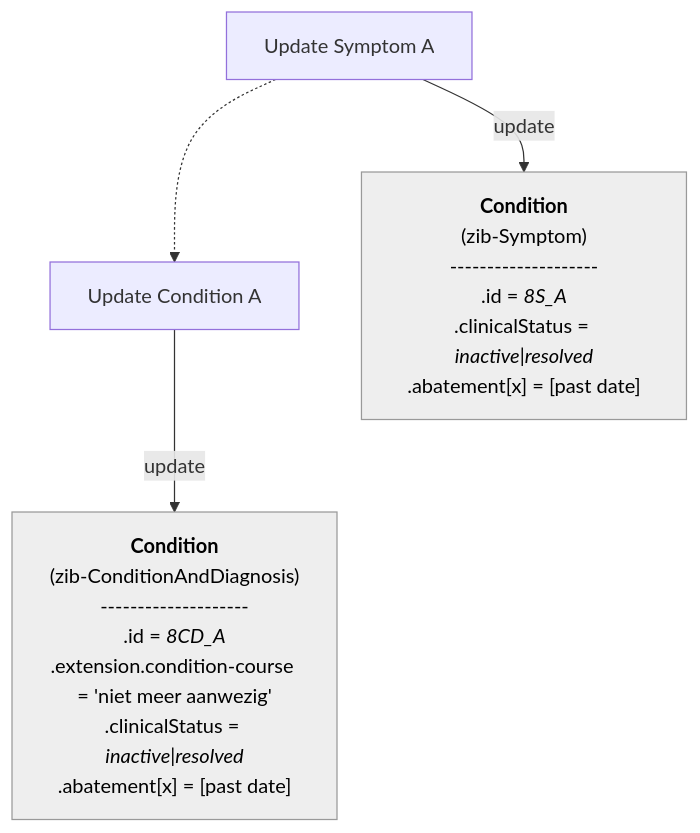
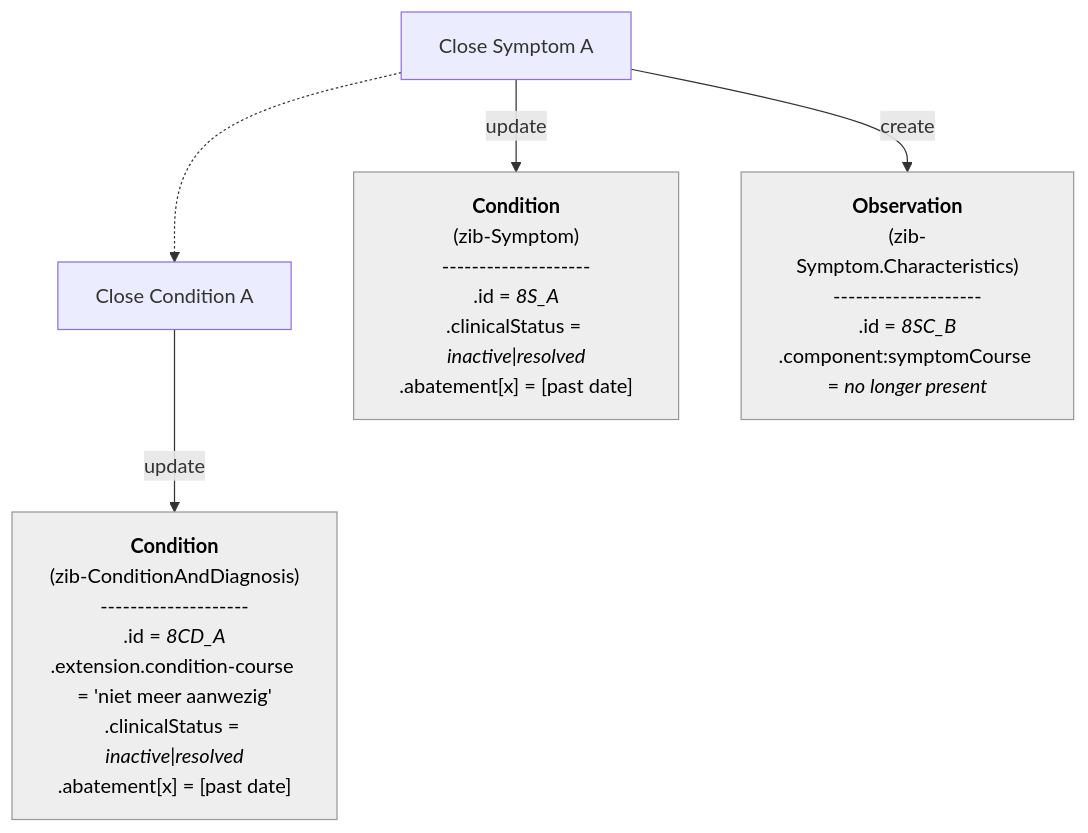
The tenth of 21 diagrams in documentation/Condition-Diagnosis-Symptom.md (Nictiz/Nictiz-R4-zib2024), drawn with Mermaid before and after one commit. The commit also changed other lines of this file, not shown here.

````diff
--- a/documentation/Condition-Diagnosis-Symptom.md
+++ b/documentation/Condition-Diagnosis-Symptom.md
@@ -370,34 +381,43 @@
 ```mermaid
 flowchart TB
 
-UpdateSymptom_A["`Update Symptom A`"]
-UpdateDiagnosis_B["`Update Condition A`"]
+CloseSymptom_A["`Close Symptom A`"]
+CloseDiagnosis_B["`Close Condition A`"]
 
-UpdateSymptom_A -.-> UpdateDiagnosis_B
+CloseSymptom_A -.-> CloseDiagnosis_B
 
     S_A["`
         **Condition**
         (zib-Symptom)
         --------------------
         .id = _8S_A_
         .clinicalStatus = _inactive_|_resolved_
         .abatement[x] = [past date]
+        `"]    
+
+    SC_B["`**Observation**
+        (zib-Symptom.Characteristics)
+        --------------------
+        .id = _8SC_B_
+        .component:symptomCourse = _no longer present_
         `"]    
 
     CD_B["`
         **Condition**
         (zib-ConditionAndDiagnosis)
         --------------------
         .id = _8CD_A_
         .extension.condition-course = 'niet meer aanwezig'
         .clinicalStatus = _inactive_|_resolved_
         .abatement[x] = [past date]
         `"] 
    
     S_A:::Ash
+    SC_B:::Ash
     CD_B:::Ash
     classDef Ash stroke-width:1px, stroke-dasharray:none, stroke:#999999, fill:#EEEEEE, color:#000000
 
-UpdateSymptom_A -- update --> S_A
-UpdateDiagnosis_B -- update --> CD_B
+CloseSymptom_A -- update --> S_A
+CloseSymptom_A -- create --> SC_B
+CloseDiagnosis_B -- update --> CD_B
 ```
````
